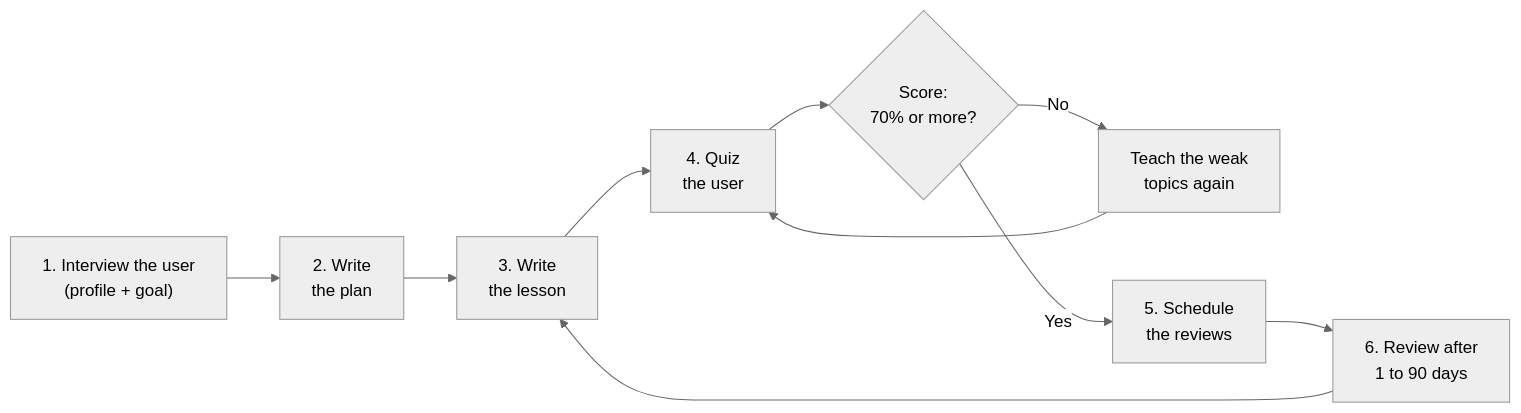
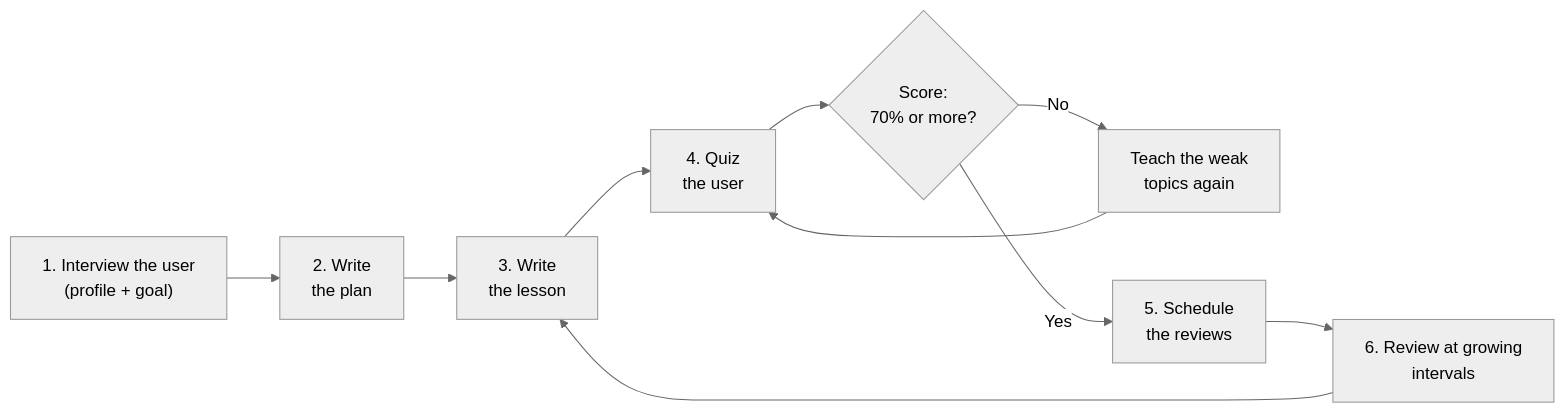
One commit to Mohamed-El-Sharqawy/agent-tutor changed the diagram in README.md. Above: the diagram before and after it, drawn with Mermaid (neutral theme). The commit also changed other lines of this file and 23 other files, not shown here.

````diff
--- a/README.md
+++ b/README.md
@@ -25,12 +25,12 @@
 ```mermaid
 flowchart LR
     A["1. Interview the user<br/>(profile + goal)"] --> B["2. Write<br/>the plan"]
     B --> C["3. Write<br/>the lesson"]
     C --> D["4. Quiz<br/>the user"]
     D --> E{"Score:<br/>70% or more?"}
     E -- "No" --> F["Teach the weak<br/>topics again"]
     F --> D
     E -- "Yes" --> G["5. Schedule<br/>the reviews"]
-    G --> H["6. Review after<br/>1 to 90 days"]
+    G --> H["6. Review at growing<br/>intervals"]
     H --> C
 ```
````
